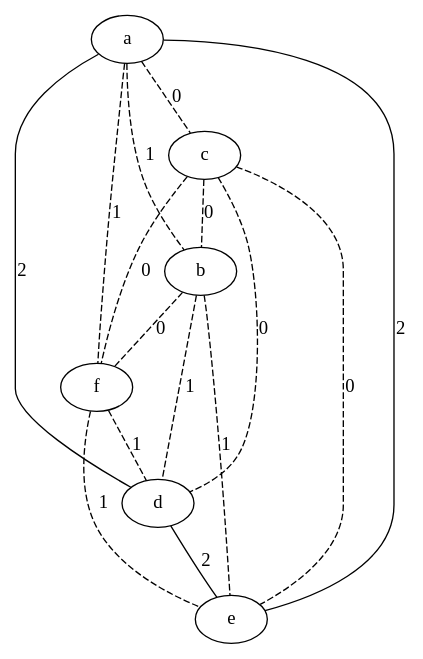
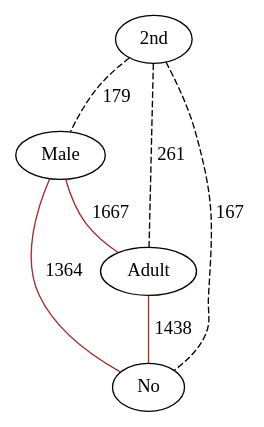
One commit to lrodrin/TFG changed the diagram in src/extension/linearGraph.dot. Above: the diagram before and after it, drawn with Graphviz. The commit also changed 3 other files, not shown here.

```diff
--- a/src/extension/linearGraph.dot
+++ b/src/extension/linearGraph.dot
@@ -1,23 +1,12 @@
-strict graph "" {
-a;
-c;
-b;
-f;
-d;
-e;
-a -- c  [color=black, label=0, style=dashed];
-a -- b  [color=black, label=1, style=dashed];
-a -- f  [color=black, label=1, style=dashed];
-a -- d  [color=black, label=2, style=solid];
-a -- e  [color=black, label=2, style=solid];
-c -- b  [color=black, label=0, style=dashed];
-c -- f  [color=black, label=0, style=dashed];
-c -- d  [color=black, label=0, style=dashed];
-c -- e  [color=black, label=0, style=dashed];
-b -- f  [color=black, label=0, style=dashed];
-b -- d  [color=black, label=1, style=dashed];
-b -- e  [color=black, label=1, style=dashed];
-f -- d  [color=black, label=1, style=dashed];
-f -- e  [color=black, label=1, style=dashed];
-d -- e  [color=black, label=2, style=solid];
+strict graph "()" {
+"2nd";
+Male;
+Adult;
+No;
+"2nd" -- Male  [color=black, label=179, style=dashed];
+"2nd" -- Adult  [color=black, label=261, style=dashed];
+"2nd" -- No  [color=black, label=167, style=dashed];
+Male -- Adult  [color=brown, label=1667, style=solid];
+Male -- No  [color=brown, label=1364, style=solid];
+Adult -- No  [color=brown, label=1438, style=solid];
 }
```
